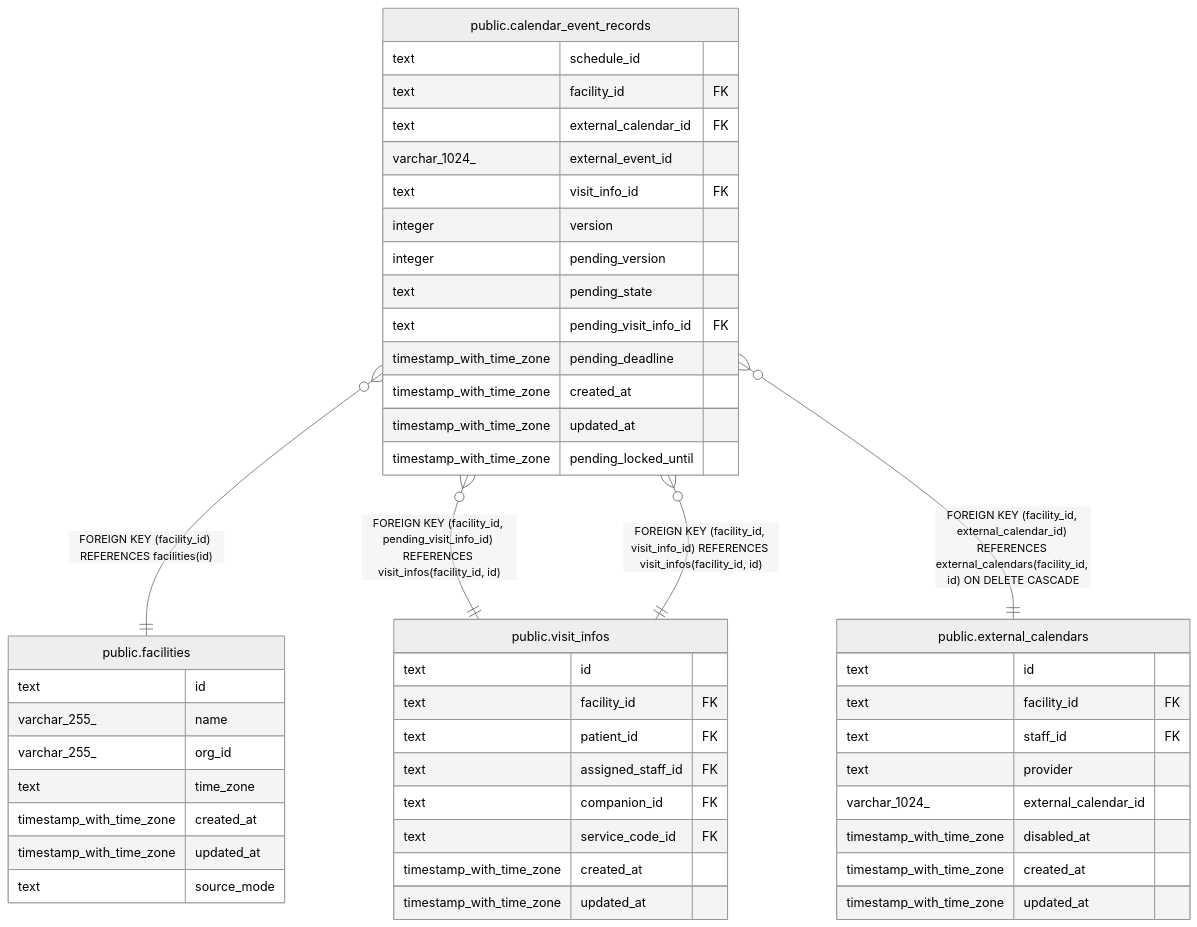
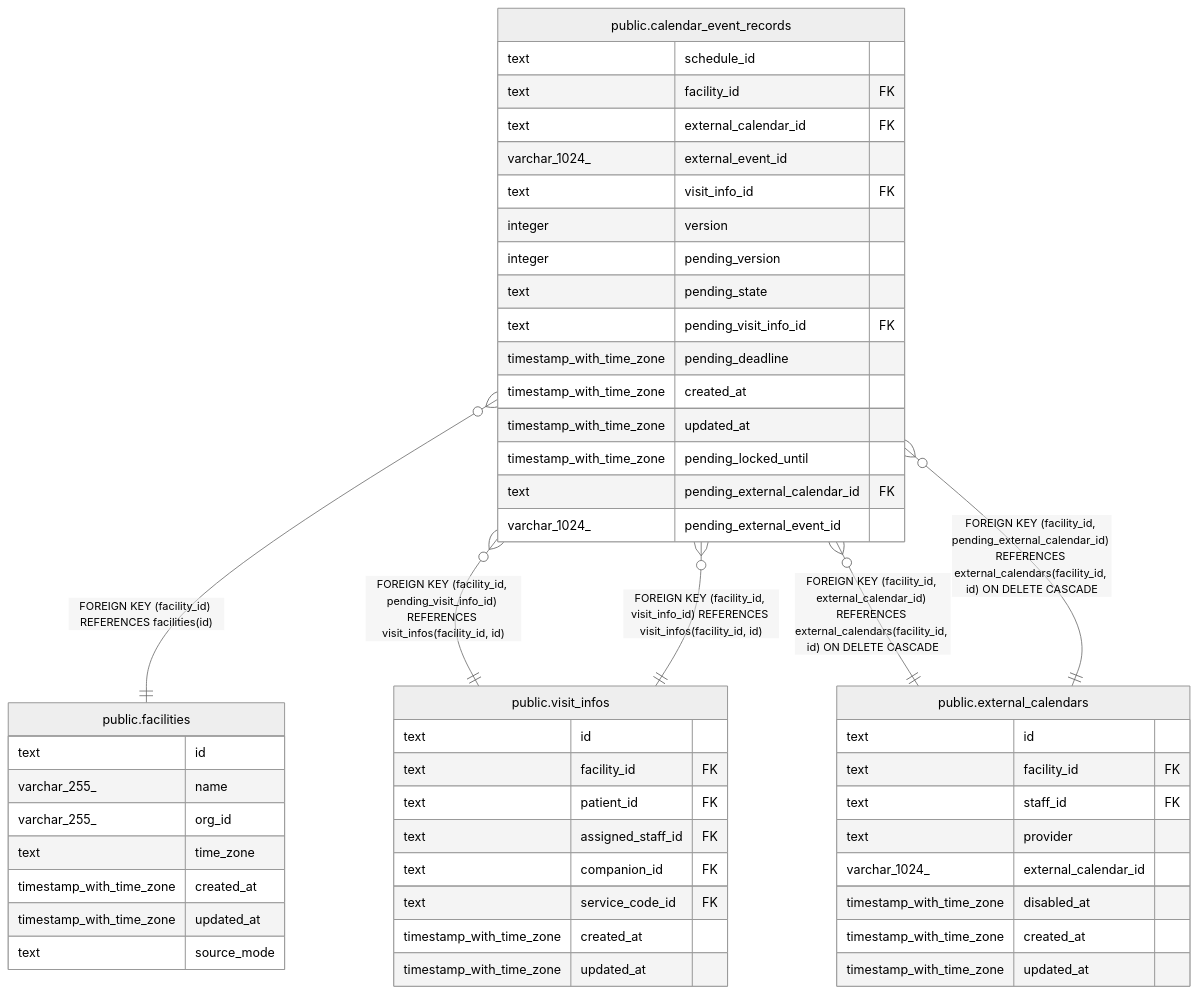
The diagram in docs/db/schedule/public.calendar_event_records.md (Fukuemon/buddy), drawn with Mermaid (neutral theme) before and after one commit. The commit also changed other lines of this file and 58 other files, not shown here.

````diff
--- a/docs/db/schedule/public.calendar_event_records.md
+++ b/docs/db/schedule/public.calendar_event_records.md
@@ -74,53 +78,56 @@
 ```mermaid
 erDiagram
 
 "public.calendar_event_records" }o--|| "public.facilities" : "FOREIGN KEY (facility_id) REFERENCES facilities(id)"
 "public.calendar_event_records" }o--|| "public.visit_infos" : "FOREIGN KEY (facility_id, pending_visit_info_id) REFERENCES visit_infos(facility_id, id)"
 "public.calendar_event_records" }o--|| "public.visit_infos" : "FOREIGN KEY (facility_id, visit_info_id) REFERENCES visit_infos(facility_id, id)"
 "public.calendar_event_records" }o--|| "public.external_calendars" : "FOREIGN KEY (facility_id, external_calendar_id) REFERENCES external_calendars(facility_id, id) ON DELETE CASCADE"
+"public.calendar_event_records" }o--|| "public.external_calendars" : "FOREIGN KEY (facility_id, pending_external_calendar_id) REFERENCES external_calendars(facility_id, id) ON DELETE CASCADE"
 
 "public.calendar_event_records" {
   text schedule_id
   text facility_id FK
   text external_calendar_id FK
   varchar_1024_ external_event_id
   text visit_info_id FK
   integer version
   integer pending_version
   text pending_state
   text pending_visit_info_id FK
   timestamp_with_time_zone pending_deadline
   timestamp_with_time_zone created_at
   timestamp_with_time_zone updated_at
   timestamp_with_time_zone pending_locked_until
+  text pending_external_calendar_id FK
+  varchar_1024_ pending_external_event_id
 }
 "public.facilities" {
   text id
   varchar_255_ name
   varchar_255_ org_id
   text time_zone
   timestamp_with_time_zone created_at
   timestamp_with_time_zone updated_at
   text source_mode
 }
 "public.visit_infos" {
   text id
   text facility_id FK
   text patient_id FK
   text assigned_staff_id FK
   text companion_id FK
   text service_code_id FK
   timestamp_with_time_zone created_at
   timestamp_with_time_zone updated_at
 }
 "public.external_calendars" {
   text id
   text facility_id FK
   text staff_id FK
   text provider
   varchar_1024_ external_calendar_id
   timestamp_with_time_zone disabled_at
   timestamp_with_time_zone created_at
   timestamp_with_time_zone updated_at
 }
 ```
````
